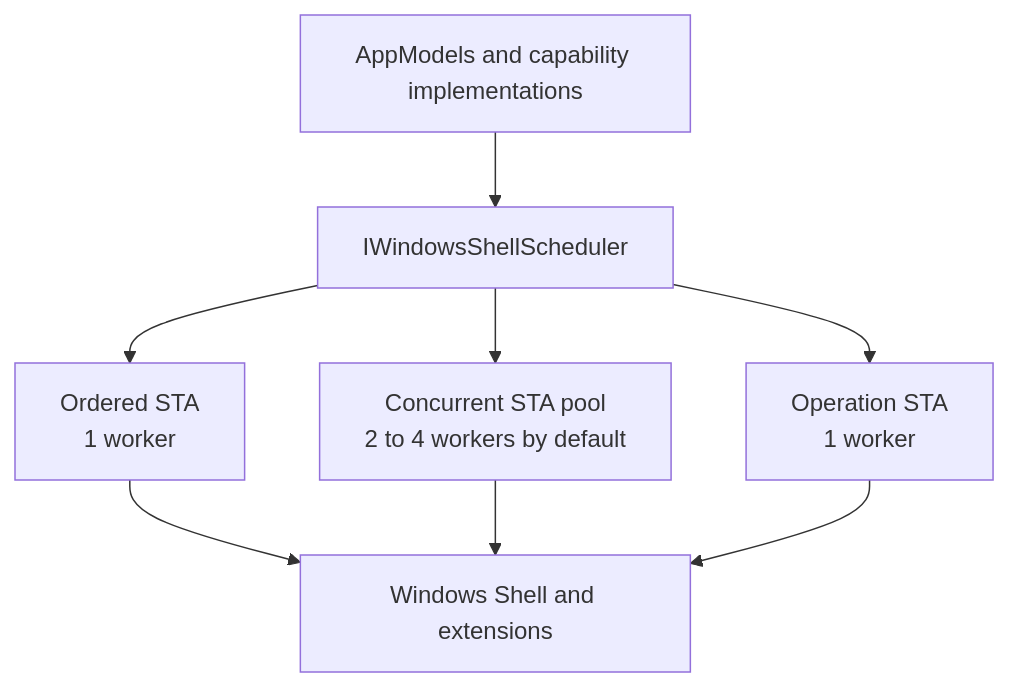
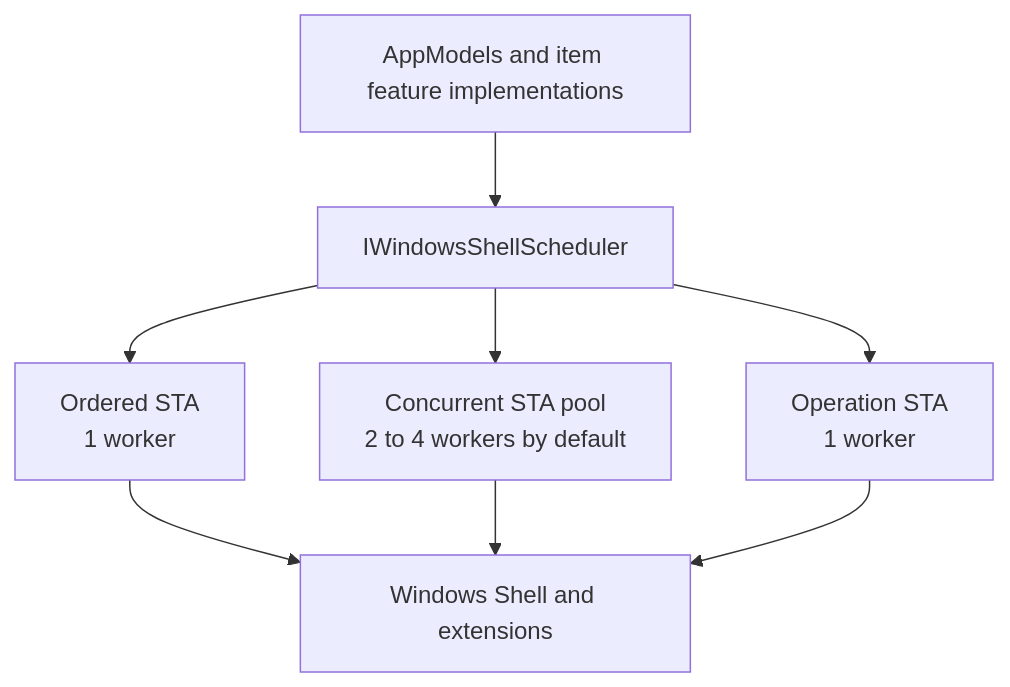
One commit to 0x5bfa/Files changed the first of 4 diagrams in docs/architecture/threading.md. Above: the diagram before and after it, drawn with Mermaid. The commit also changed other lines of this file and 260 other files, not shown here.

Commit message:
Simplify Files.Core architecture terminology

````diff
--- a/docs/architecture/threading.md
+++ b/docs/architecture/threading.md
@@ -9,17 +9,17 @@
 ```mermaid
 flowchart TB
-    App["AppModels and capability implementations"]
+    App["AppModels and item feature implementations"]
     Scheduler["IWindowsShellScheduler"]
     Ordered["Ordered STA\n1 worker"]
     Concurrent["Concurrent STA pool\n2 to 4 workers by default"]
     Operations["Operation STA\n1 worker"]
     Shell["Windows Shell and extensions"]
 
     App --> Scheduler
     Scheduler --> Ordered
     Scheduler --> Concurrent
     Scheduler --> Operations
     Ordered --> Shell
     Concurrent --> Shell
     Operations --> Shell
 ```
````
